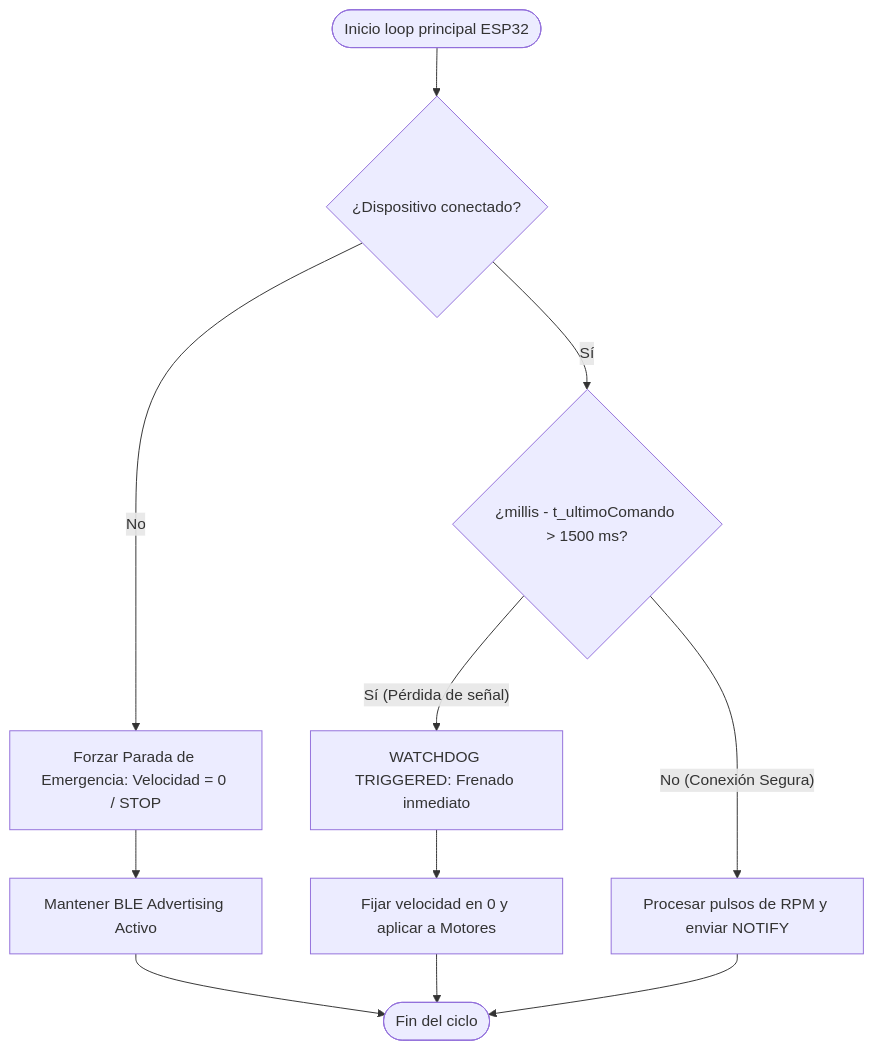
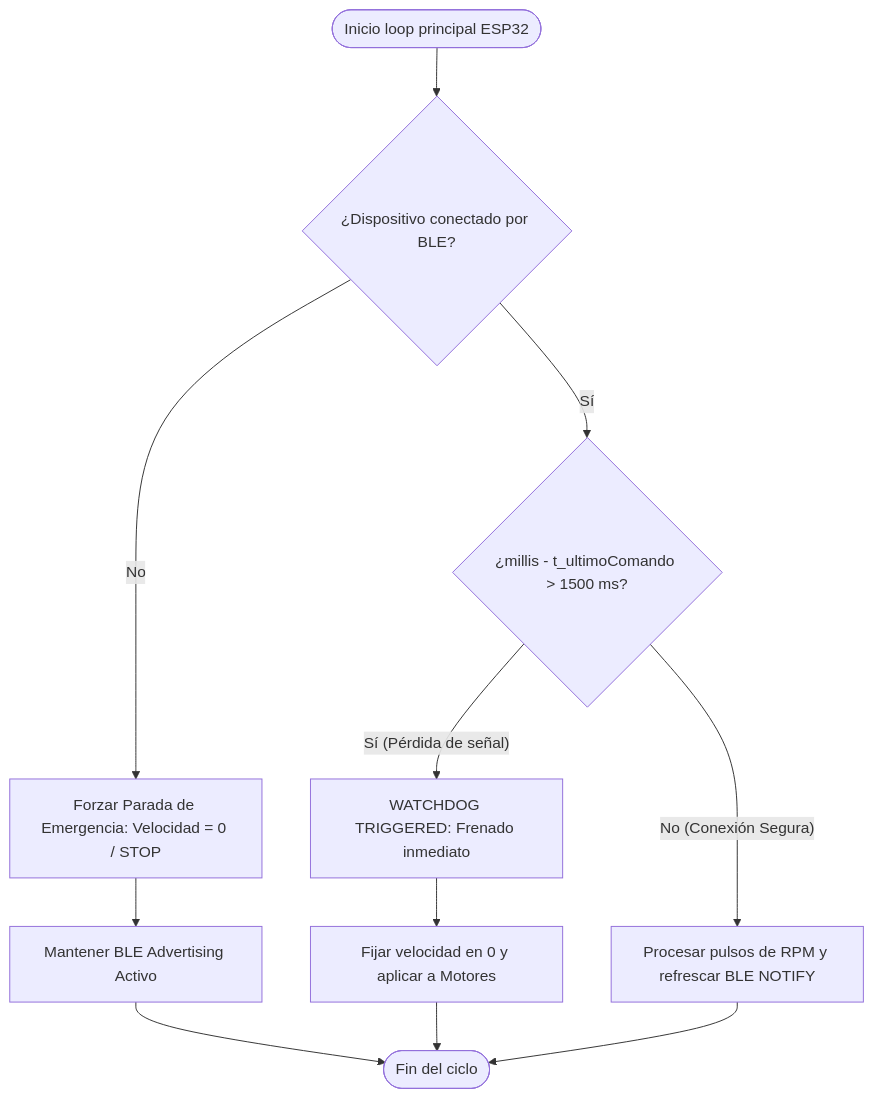
One commit to JuanLopezM31/IoT-FinalProject changed the fourth of 5 diagrams in README.md. Above: the diagram before and after it, drawn with Mermaid. The commit also changed other lines of this file, not shown here.

````diff
--- a/README.md
+++ b/README.md
@@ -144,18 +113,18 @@
 ```mermaid
 flowchart TD
-    Start([Inicio loop principal ESP32]) --> CheckConn{¿Dispositivo conectado?}
+    Start([Inicio loop principal ESP32]) --> CheckConn{¿Dispositivo conectado por BLE?}
     
-    CheckConn -- No --> ForceStop[Forzar Parada de Emergencia: Velocidad = 0 / STOP]
+    CheckConn -- "No" --> ForceStop[Forzar Parada de Emergencia: Velocidad = 0 / STOP]
     ForceStop --> ReAdvertise[Mantener BLE Advertising Activo]
     ReAdvertise --> EndLoop
     
-    CheckConn -- Sí --> CheckTime{¿millis - t_ultimoComando > 1500 ms?}
+    CheckConn -- "Sí" --> CheckTime{¿millis - t_ultimoComando > 1500 ms?}
     
-    CheckTime -- Sí (Pérdida de señal) --> ActionWD[WATCHDOG TRIGGERED: Frenado inmediato]
+    CheckTime -- "Sí (Pérdida de señal)" --> ActionWD[WATCHDOG TRIGGERED: Frenado inmediato]
     ActionWD --> ApplyStop[Fijar velocidad en 0 y aplicar a Motores]
     
-    CheckTime -- No (Conexión Segura) --> ReadSensors[Procesar pulsos de RPM y enviar NOTIFY]
+    CheckTime -- "No (Conexión Segura)" --> ReadSensors[Procesar pulsos de RPM y refrescar BLE NOTIFY]
     
     ApplyStop --> EndLoop([Fin del ciclo])
     ReadSensors --> EndLoop
 ```
````
